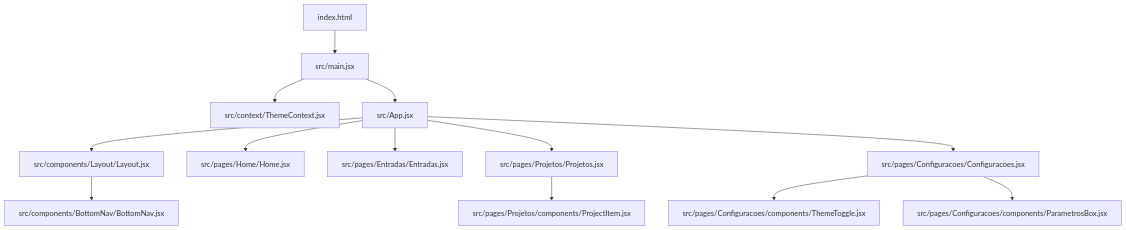
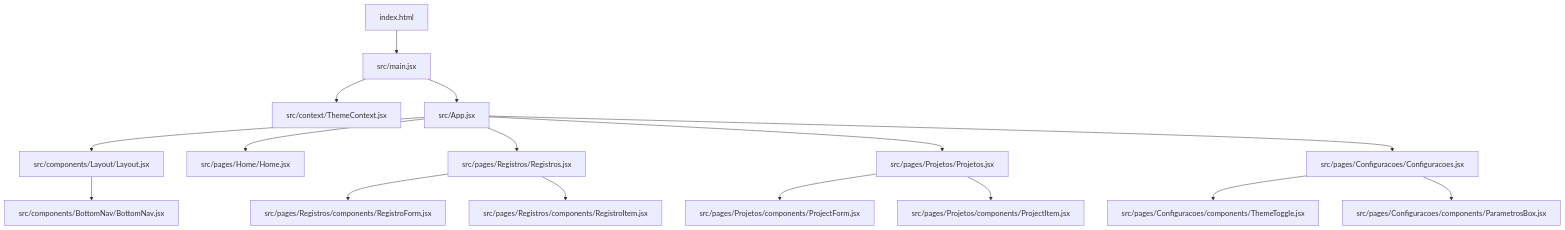
Before and after one commit to RobertRuas/nordic-worklog: the first of 8 diagrams in .qoder/repowiki/en/content/Project Overview.md, drawn with Mermaid. The commit also changed other lines of this file and 4 other files, not shown here.

````diff
--- a/.qoder/repowiki/en/content/Project Overview.md
+++ b/.qoder/repowiki/en/content/Project Overview.md
@@ -66,15 +73,18 @@
 ```mermaid
 graph TB
 HTML["index.html"] --> MainJSX["src/main.jsx"]
 MainJSX --> ThemeProvider["src/context/ThemeContext.jsx"]
 MainJSX --> App["src/App.jsx"]
 App --> Layout["src/components/Layout/Layout.jsx"]
 Layout --> BottomNav["src/components/BottomNav/BottomNav.jsx"]
 App --> Home["src/pages/Home/Home.jsx"]
-App --> Entradas["src/pages/Entradas/Entradas.jsx"]
+App --> Registros["src/pages/Registros/Registros.jsx"]
+Registros --> RegistroForm["src/pages/Registros/components/RegistroForm.jsx"]
+Registros --> RegistroItem["src/pages/Registros/components/RegistroItem.jsx"]
 App --> Projetos["src/pages/Projetos/Projetos.jsx"]
+Projetos --> ProjectForm["src/pages/Projetos/components/ProjectForm.jsx"]
 Projetos --> ProjectItem["src/pages/Projetos/components/ProjectItem.jsx"]
 App --> Configuracoes["src/pages/Configuracoes/Configuracoes.jsx"]
 Configuracoes --> ThemeToggle["src/pages/Configuracoes/components/ThemeToggle.jsx"]
 Configuracoes --> ParametrosBox["src/pages/Configuracoes/components/ParametrosBox.jsx"]
 ```
````
